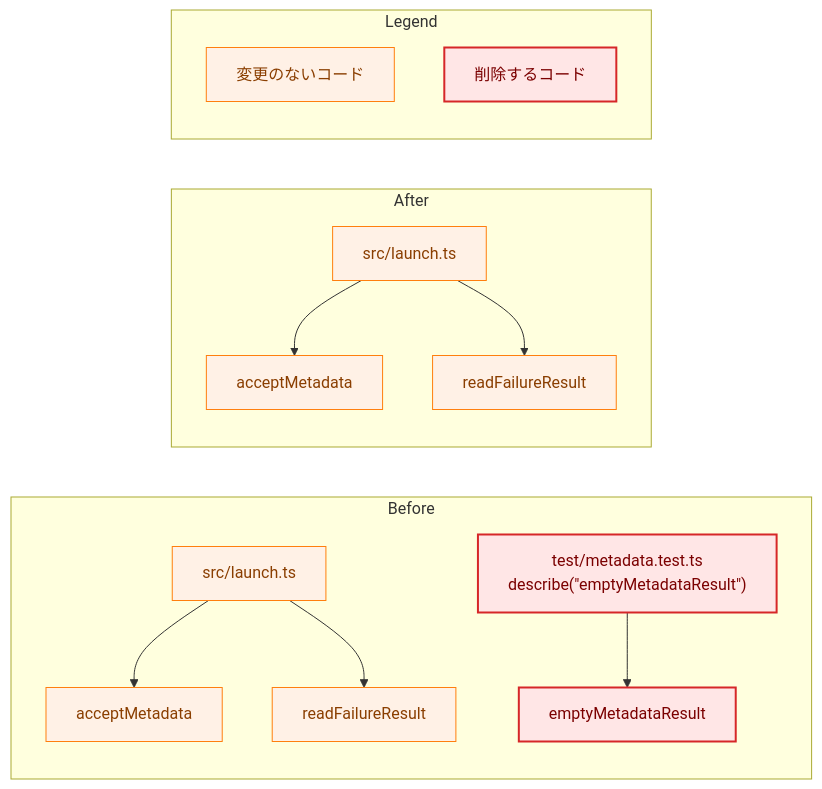
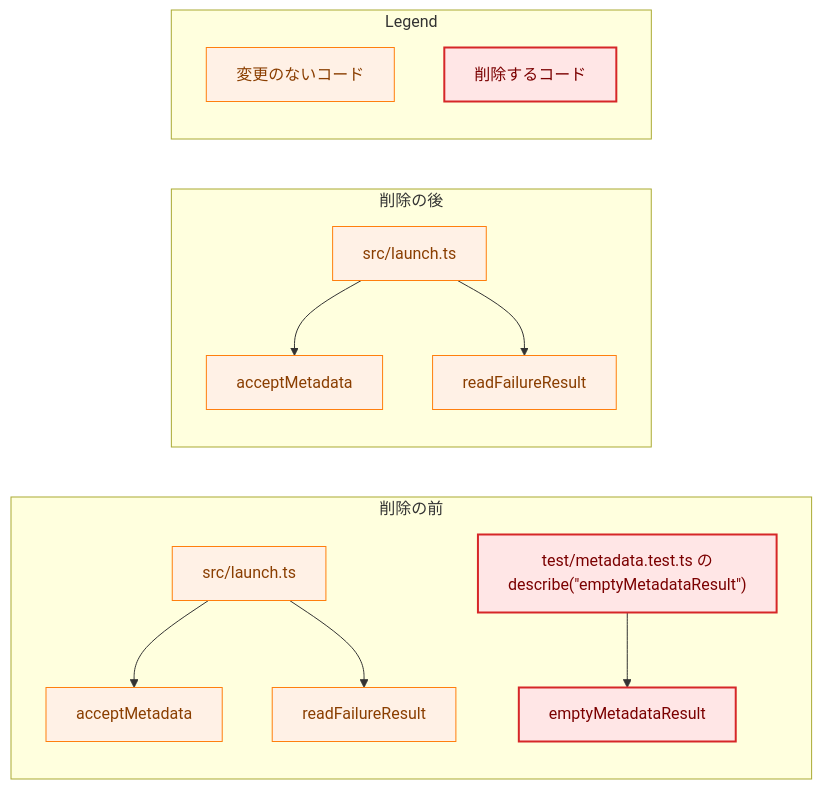
The first of 2 diagrams in docs/tasks/0054_remove_empty_metadata_result/02_architecture.md (isseis/yt2column), drawn with Mermaid before and after one commit. The commit also changed other lines of this file, not shown here.

First line of the commit message:
docs(0054): address the architecture review and the Japanese prose pass

````diff
--- a/docs/tasks/0054_remove_empty_metadata_result/02_architecture.md
+++ b/docs/tasks/0054_remove_empty_metadata_result/02_architecture.md
@@ -28,34 +28,34 @@
 ```mermaid
 flowchart LR
     classDef process fill:#fff1e6,stroke:#ff7f0e,stroke-width:1px,color:#8a3e00;
     classDef problem fill:#ffe6e6,stroke:#d62728,stroke-width:2px,color:#7b0000;
 
-    subgraph Before["Before"]
+    subgraph Before["削除の前"]
         LAUNCH1["src/launch.ts"]
         ACC1["acceptMetadata"]
         RF1["readFailureResult"]
         EMPTY1["emptyMetadataResult"]
-        TEST1["test/metadata.test.ts<br>describe(&quot;emptyMetadataResult&quot;)"]
+        TEST1["test/metadata.test.ts の<br>describe(#quot;emptyMetadataResult#quot;)"]
         LAUNCH1 --> ACC1
         LAUNCH1 --> RF1
         TEST1 --> EMPTY1
     end
 
-    subgraph After["After"]
+    subgraph After["削除の後"]
         LAUNCH2["src/launch.ts"]
         ACC2["acceptMetadata"]
         RF2["readFailureResult"]
         LAUNCH2 --> ACC2
         LAUNCH2 --> RF2
     end
 
     class LAUNCH1,ACC1,RF1,LAUNCH2,ACC2,RF2 process
     class EMPTY1,TEST1 problem
 
     subgraph Legend["Legend"]
         L1["変更のないコード"]
         L2["削除するコード"]
     end
     class L1 process
     class L2 problem
 ```
````
